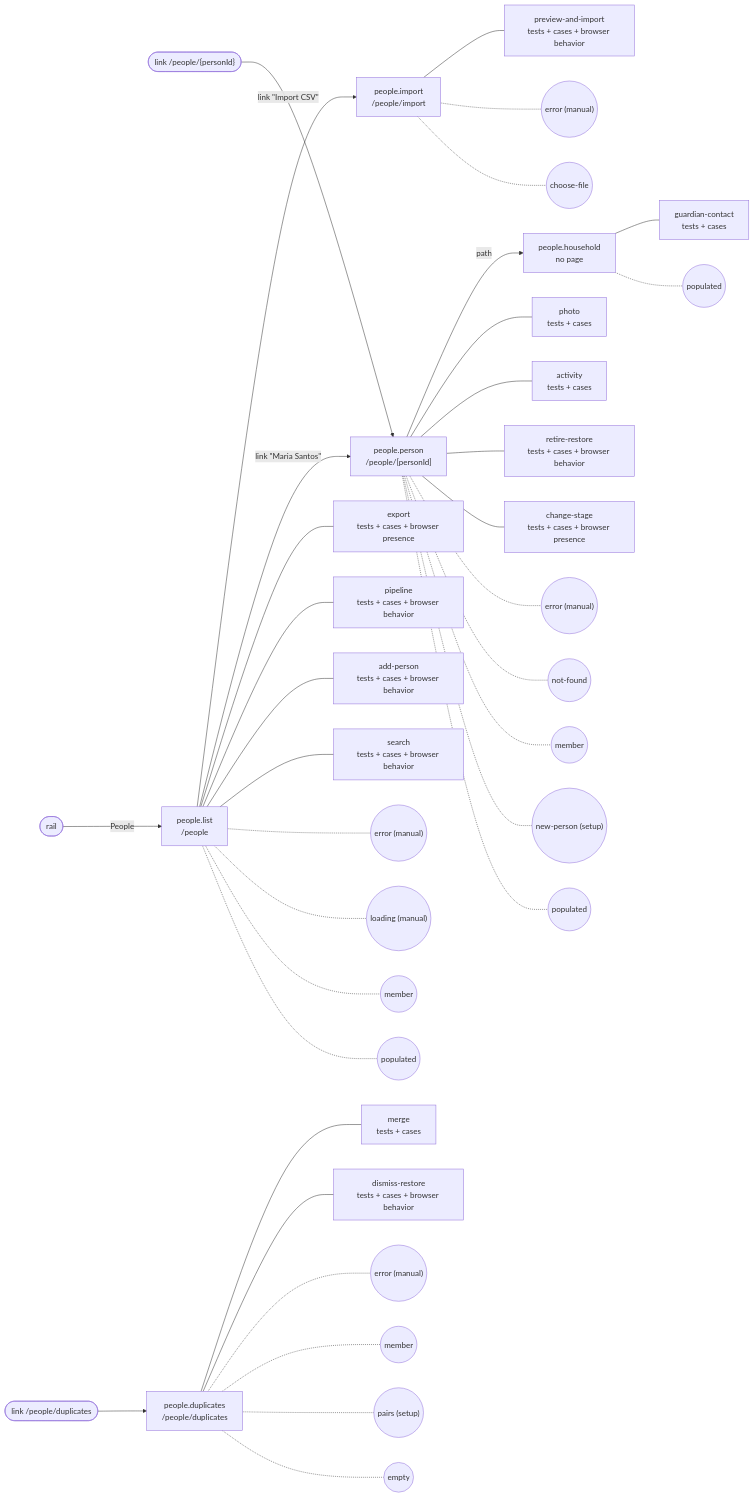
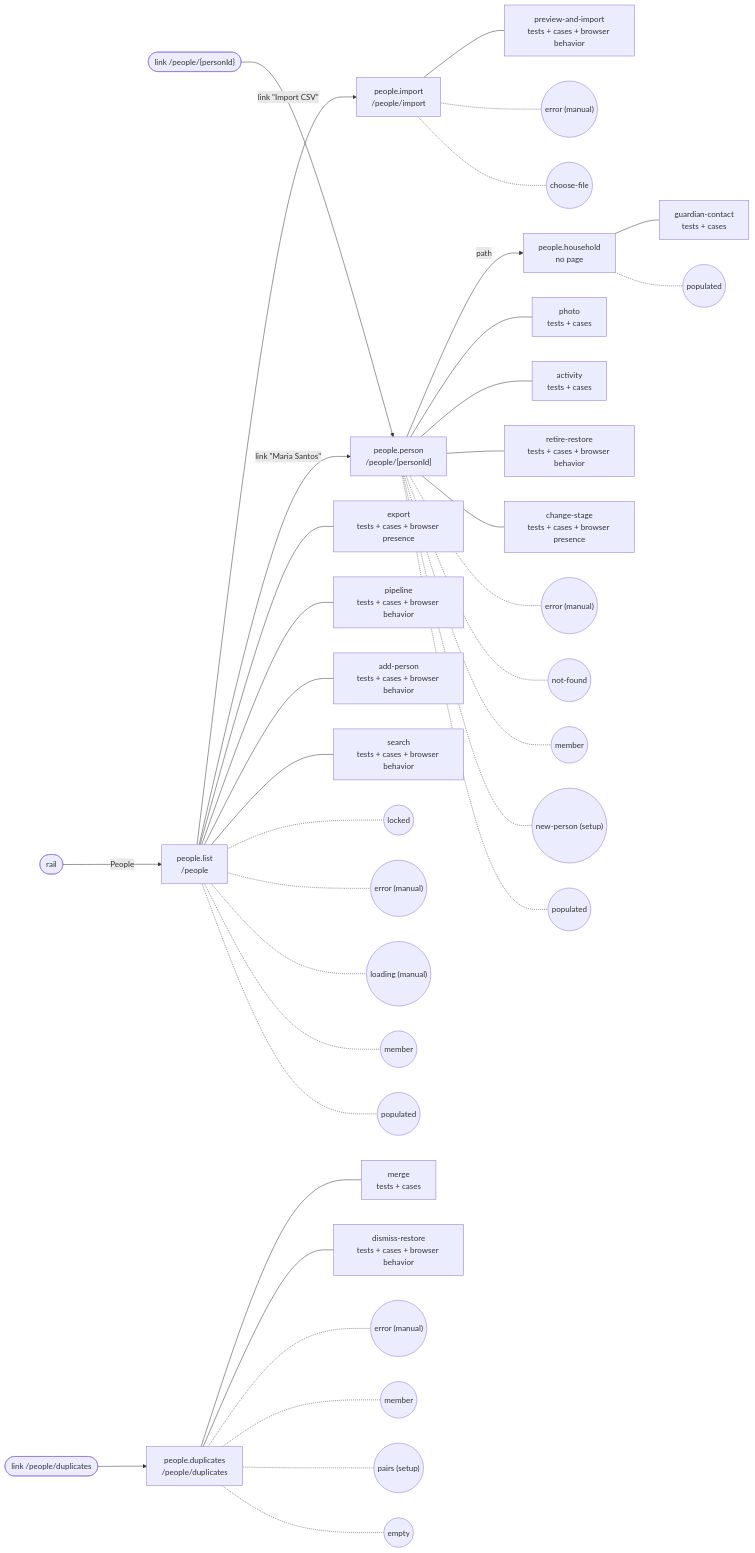
Before and after one commit to SebastianGarces/everyfield: the diagram in docs/feature-maps/people.md, drawn with Mermaid. The commit also changed other lines of this file and 170 other files, not shown here.

````diff
--- a/docs/feature-maps/people.md
+++ b/docs/feature-maps/people.md
@@ -6,45 +6,46 @@
 ```mermaid
 flowchart LR
   rail(["rail"])
   s1_link1(["link /people/{personId}"])
   s3_link0(["link /people/duplicates"])
   s0["people.list<br/>/people"]
   rail -- "People" --> s0
   s0 -.- s0_st0(("populated"))
   s0 -.- s0_st1(("member"))
   s0 -.- s0_st2(("loading (manual)"))
   s0 -.- s0_st3(("error (manual)"))
+  s0 -.- s0_st4(("locked"))
   s0 --- s0_b0["search<br/>tests + cases + browser behavior"]
   s0 --- s0_b1["add-person<br/>tests + cases + browser behavior"]
   s0 --- s0_b2["pipeline<br/>tests + cases + browser behavior"]
   s0 --- s0_b3["export<br/>tests + cases + browser presence"]
   s1["people.person<br/>/people/[personId]"]
   s0 -- "link #quot;Maria Santos#quot;" --> s1
   s1_link1 --> s1
   s1 -.- s1_st0(("populated"))
   s1 -.- s1_st1(("new-person (setup)"))
   s1 -.- s1_st2(("member"))
   s1 -.- s1_st3(("not-found"))
   s1 -.- s1_st4(("error (manual)"))
   s1 --- s1_b0["change-stage<br/>tests + cases + browser presence"]
   s1 --- s1_b1["retire-restore<br/>tests + cases + browser behavior"]
   s1 --- s1_b2["activity<br/>tests + cases"]
   s1 --- s1_b3["photo<br/>tests + cases"]
   s2["people.household<br/>no page"]
   s1 -- "path" --> s2
   s2 -.- s2_st0(("populated"))
   s2 --- s2_b0["guardian-contact<br/>tests + cases"]
   s3["people.duplicates<br/>/people/duplicates"]
   s3_link0 --> s3
   s3 -.- s3_st0(("empty"))
   s3 -.- s3_st1(("pairs (setup)"))
   s3 -.- s3_st2(("member"))
   s3 -.- s3_st3(("error (manual)"))
   s3 --- s3_b0["dismiss-restore<br/>tests + cases + browser behavior"]
   s3 --- s3_b1["merge<br/>tests + cases"]
   s4["people.import<br/>/people/import"]
   s0 -- "link #quot;Import CSV#quot;" --> s4
   s4 -.- s4_st0(("choose-file"))
   s4 -.- s4_st1(("error (manual)"))
   s4 --- s4_b0["preview-and-import<br/>tests + cases + browser behavior"]
 ```
````
